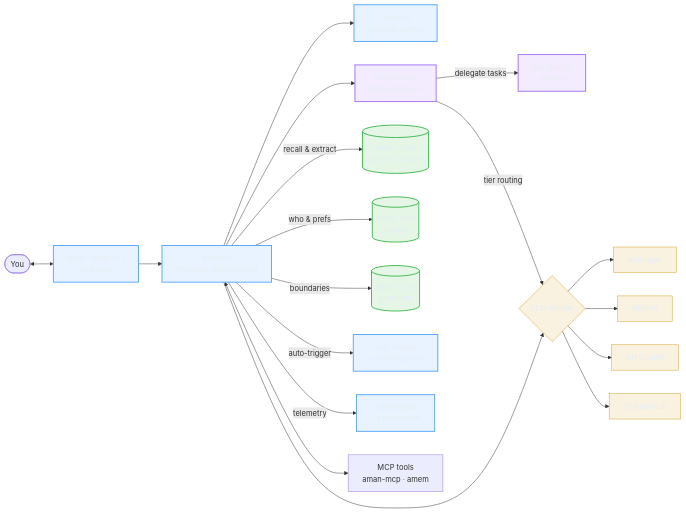
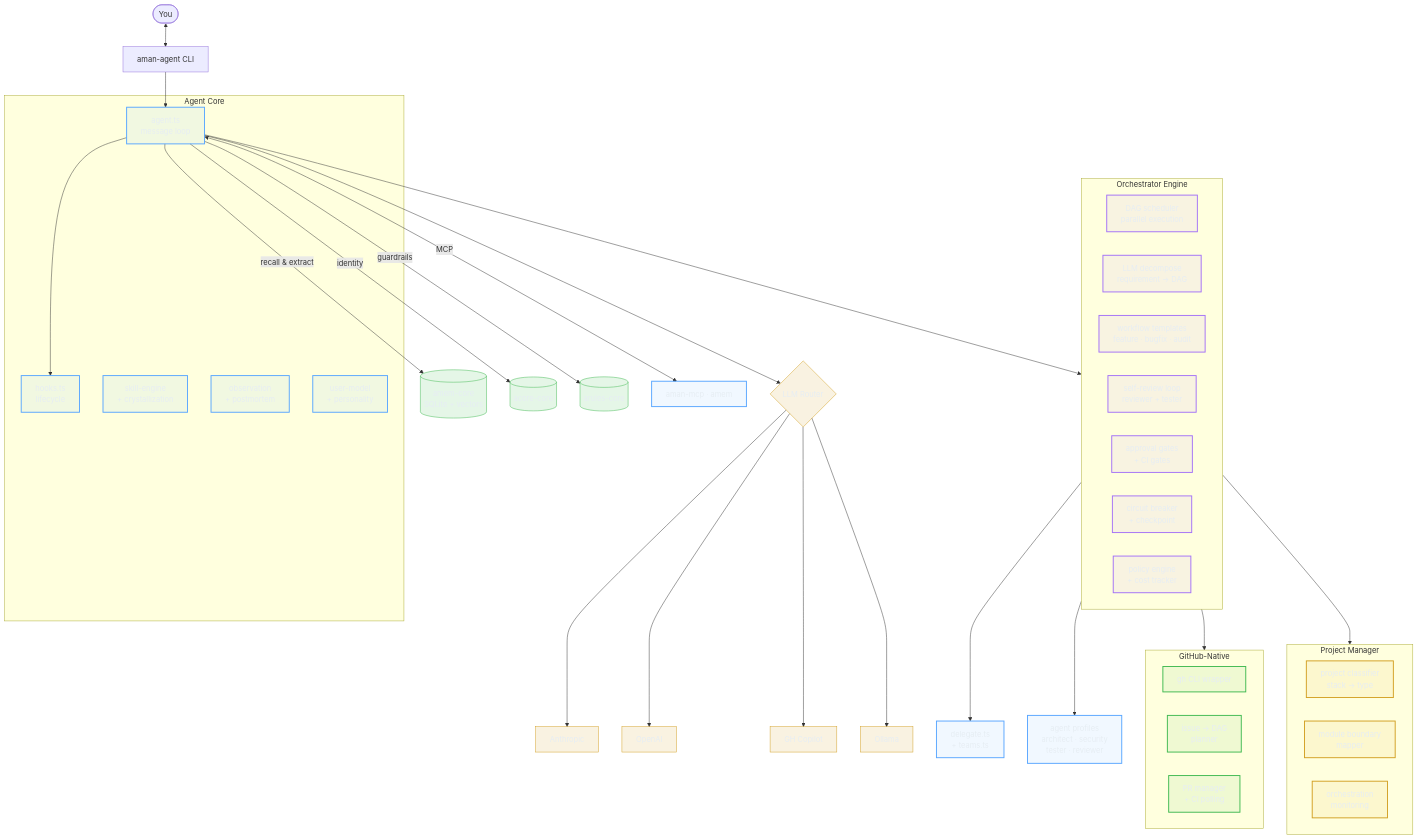
Before and after one commit to amanasmuei/aman-agent: the first of 2 diagrams in README.md, drawn with Mermaid. The commit also changed other lines of this file, not shown here.

````diff
--- a/README.md
+++ b/README.md
@@ -357,34 +303,69 @@
 ```mermaid
-flowchart LR
-    User([You]) <--> CLI[aman-agent CLI<br/>chat loop]
+flowchart TB
+    User([You]) <--> CLI[aman-agent CLI]
 
-    CLI --> Agent[agent.ts<br/>message orchestration]
-    Agent --> Hooks[hooks.ts<br/>lifecycle events]
-    Agent --> Orch[orchestrator/<br/>DAG scheduler]
+    subgraph core [" Agent Core "]
+        Agent[agent.ts<br/>message loop]
+        Hooks[hooks.ts<br/>lifecycle]
+        Skills[skill-engine<br/>+ crystallization]
+        Obs[observation<br/>+ postmortem]
+        Personality[user-model<br/>+ personality]
+    end
 
+    subgraph orchestrator [" Orchestrator Engine "]
+        DAG[DAG scheduler<br/>parallel execution]
+        Decompose[LLM decompose<br/>requirement → DAG]
+        Templates[workflow templates<br/>feature · bugfix · audit]
+        ReviewLoop[self-review loop<br/>reviewer + tester]
+        Gate[approval gates<br/>+ CI gates]
+        CB[circuit breaker<br/>+ checkpoint]
+        Policy[policy engine<br/>+ cost tracker]
+    end
+
+    subgraph github [" GitHub-Native "]
+        GH[gh CLI wrapper]
+        Issues[issue → DAG<br/>planner]
+        PRs[PR manager<br/>+ CI polling]
+    end
+
+    subgraph project [" Project Manager "]
+        Detect[project classifier<br/>stack → type]
+        ModMap[module boundary<br/>mapper]
+        Monitor[orchestration<br/>monitoring]
+    end
+
+    CLI --> Agent
+    Agent --> Hooks
+    Agent --> orchestrator
     Agent -->|recall &amp; extract| Memory[(amem-core<br/>SQLite + vectors)]
-    Agent -->|who &amp; prefs| Identity[(acore-core<br/>identity)]
-    Agent -->|boundaries| Rules[(arules-core<br/>guardrails)]
-    Agent -->|auto-trigger| Skills[skill-engine<br/>+ crystallization]
-    Agent -->|telemetry| Obs[observation<br/>+ postmortem]
+    Agent -->|identity| Identity[(acore-core)]
+    Agent -->|guardrails| Rules[(arules-core)]
 
-    Orch -->|delegate tasks| Delegate[delegate.ts<br/>+ teams.ts]
-    Orch -->|tier routing| LLM
+    orchestrator --> Delegate[delegate.ts<br/>+ teams.ts]
+    orchestrator --> Profiles[agent profiles<br/>architect · security<br/>tester · reviewer]
+    orchestrator --> github
+    orchestrator --> project
 
     Agent --> LLM{LLM Router}
     LLM --> Claude[Anthropic]
     LLM --> GPT[OpenAI]
     LLM --> Copilot[GH Copilot]
-    LLM --> Ollama[Ollama local]
+    LLM --> Ollama[Ollama]
 
-    Agent <--> MCP[MCP tools<br/>aman-mcp · amem]
+    Agent <-->|MCP| MCP[aman-mcp · amem]
 
-    classDef core fill:#58a6ff22,stroke:#58a6ff,color:#e6edf3,stroke-width:2px;
-    classDef store fill:#3fb95022,stroke:#3fb950,color:#e6edf3,stroke-width:2px;
+    classDef core fill:#58a6ff15,stroke:#58a6ff,color:#e6edf3,stroke-width:2px;
+    classDef orch fill:#a371f715,stroke:#a371f7,color:#e6edf3,stroke-width:2px;
+    classDef gh fill:#3fb95015,stroke:#3fb950,color:#e6edf3,stroke-width:2px;
+    classDef proj fill:#d29f2215,stroke:#d29f22,color:#e6edf3,stroke-width:2px;
+    classDef store fill:#3fb95022,stroke:#3fb950,color:#e6edf3,stroke-width:1px;
     classDef llm fill:#d29f2222,stroke:#d29f22,color:#e6edf3,stroke-width:1px;
-    classDef orch fill:#a371f722,stroke:#a371f7,color:#e6edf3,stroke-width:2px;
-    class CLI,Agent,Hooks,Skills,Obs core
+
+    class Agent,Hooks,Skills,Obs,Personality core
+    class DAG,Decompose,Templates,ReviewLoop,Gate,CB,Policy orch
+    class GH,Issues,PRs gh
+    class Detect,ModMap,Monitor proj
     class Memory,Identity,Rules store
     class Claude,GPT,Copilot,Ollama,LLM llm
-    class Orch,Delegate orch
+    class Delegate,Profiles,MCP core
 ```
````
